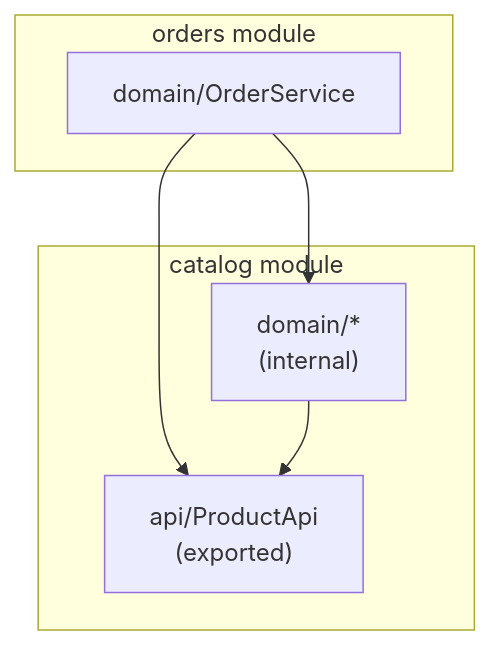
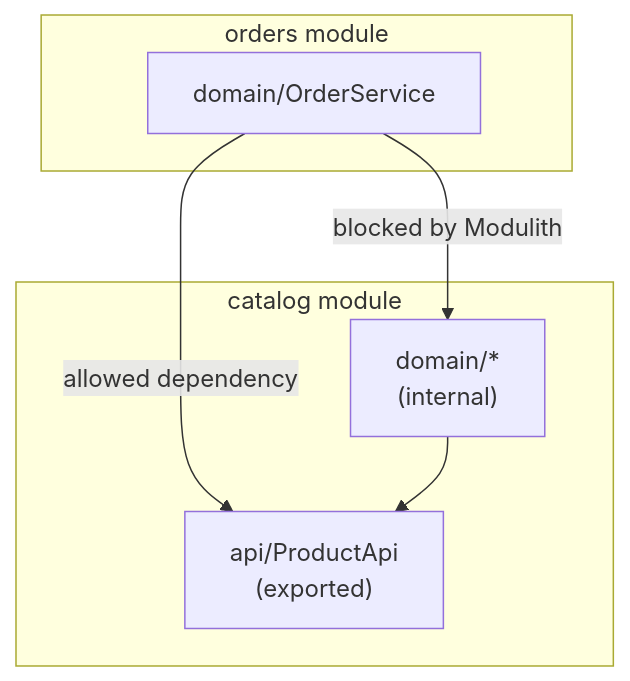
Before and after one commit to philipz/spring-modular-monolith: the second of 3 diagrams in docs/deepwiki/Spring-Modulith-Architecture.md, drawn with Mermaid. The commit also changed other lines of this file and 55 other files, not shown here.

````diff
--- a/docs/deepwiki/Spring-Modulith-Architecture.md
+++ b/docs/deepwiki/Spring-Modulith-Architecture.md
@@ -126,20 +126,20 @@
 ```mermaid
 flowchart TD
 
 catalog_internal["domain/*<br>(internal)"]
 catalog_api["api/ProductApi<br>(exported)"]
 orders_service["domain/OrderService"]
 
-orders_service --> catalog_api
-orders_service --> catalog_internal
+orders_service -->|"allowed dependency"| catalog_api
+orders_service -->|"blocked by Modulith"| catalog_internal
 
 subgraph subGraph1 ["orders module"]
     orders_service
 end
 
 subgraph subGraph0 ["catalog module"]
     catalog_internal
     catalog_api
     catalog_internal --> catalog_api
 end
 ```
````
